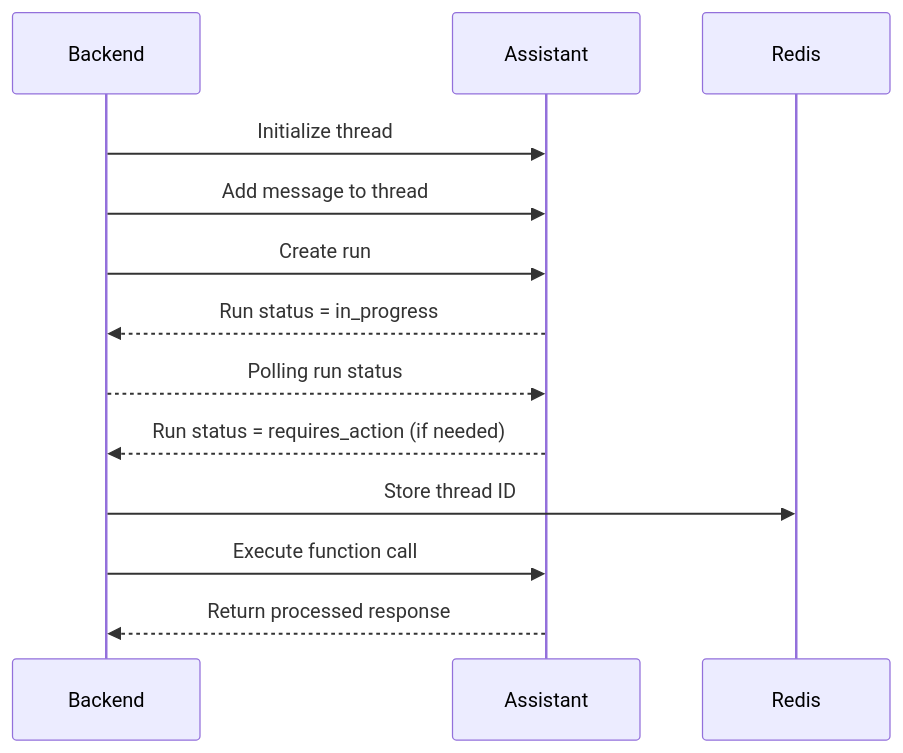
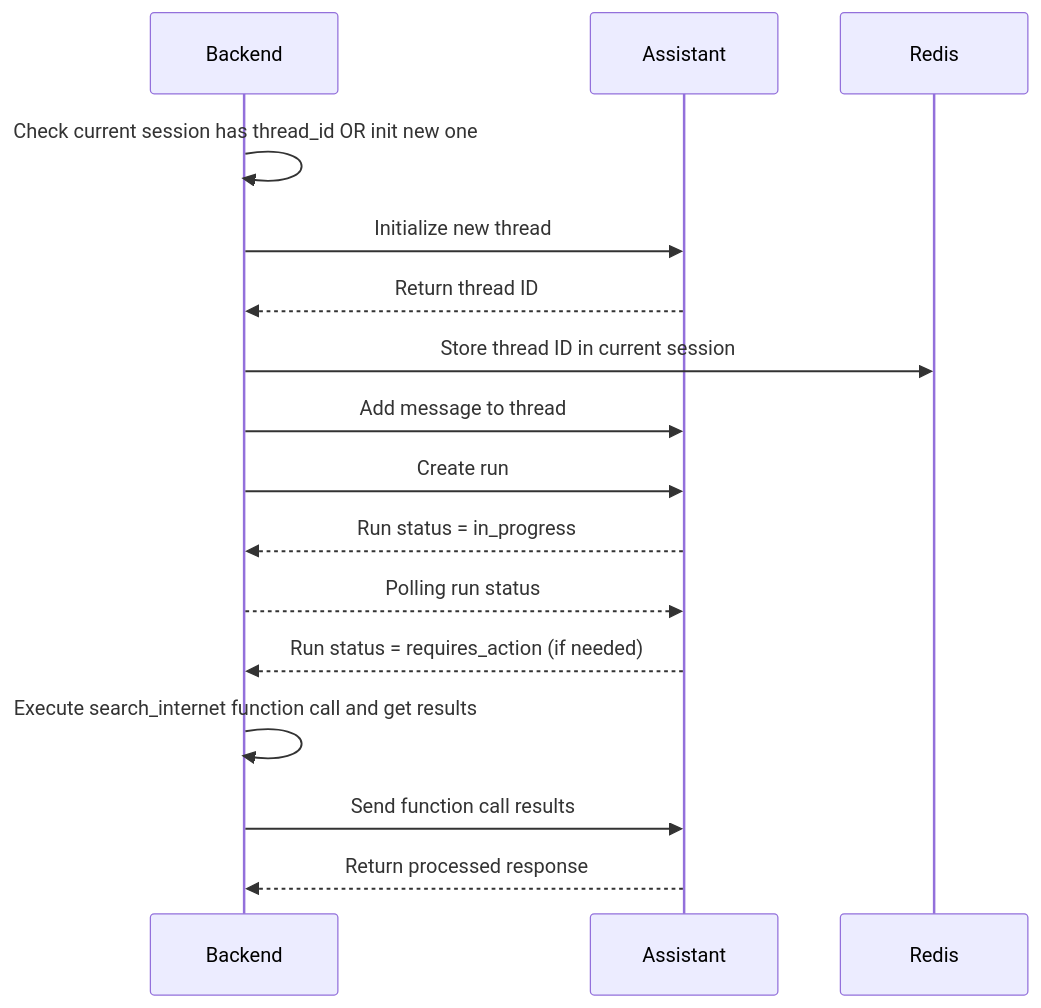
Before and after one commit to mustafa-moh/chatbot-v2: the second of 3 diagrams in README.md, drawn with Mermaid. The commit also changed other lines of this file, not shown here.

Commit message:
Add more details on the assistant workflow

````diff
--- a/README.md
+++ b/README.md
@@ -40,16 +40,19 @@
 ```mermaid
 sequenceDiagram
     participant Backend
     participant Assistant
     participant Redis
 
-    Backend ->> Assistant: Initialize thread
+    Backend ->> Backend: Check current session has thread_id OR init new one
+    Backend ->> Assistant: Initialize new thread
+    Assistant -->> Backend: Return thread ID 
+    Backend ->> Redis: Store thread ID in current session
     Backend ->> Assistant: Add message to thread
     Backend ->> Assistant: Create run
     Assistant -->> Backend: Run status = in_progress
     Backend -->> Assistant: Polling run status
     Assistant -->> Backend: Run status = requires_action (if needed)
-    Backend ->> Redis: Store thread ID
-    Backend ->> Assistant: Execute function call
+    Backend ->> Backend: Execute search_internet function call and get results
+    Backend ->> Assistant: Send function call results
     Assistant -->> Backend: Return processed response
 ```
````
